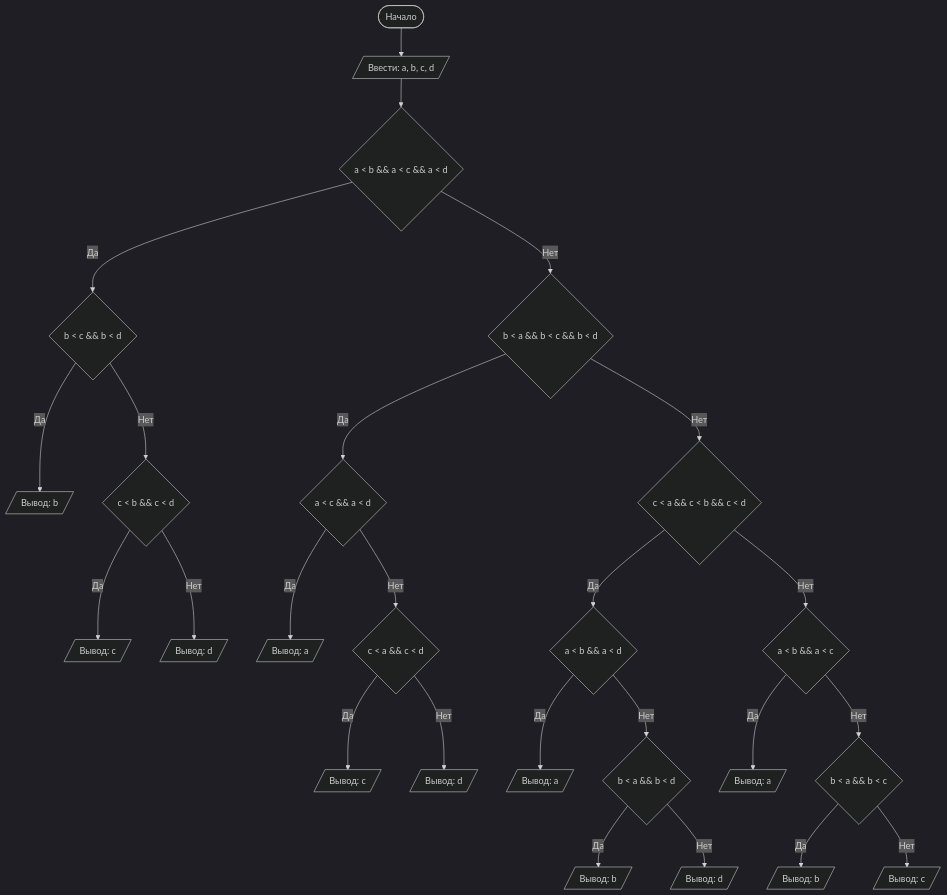
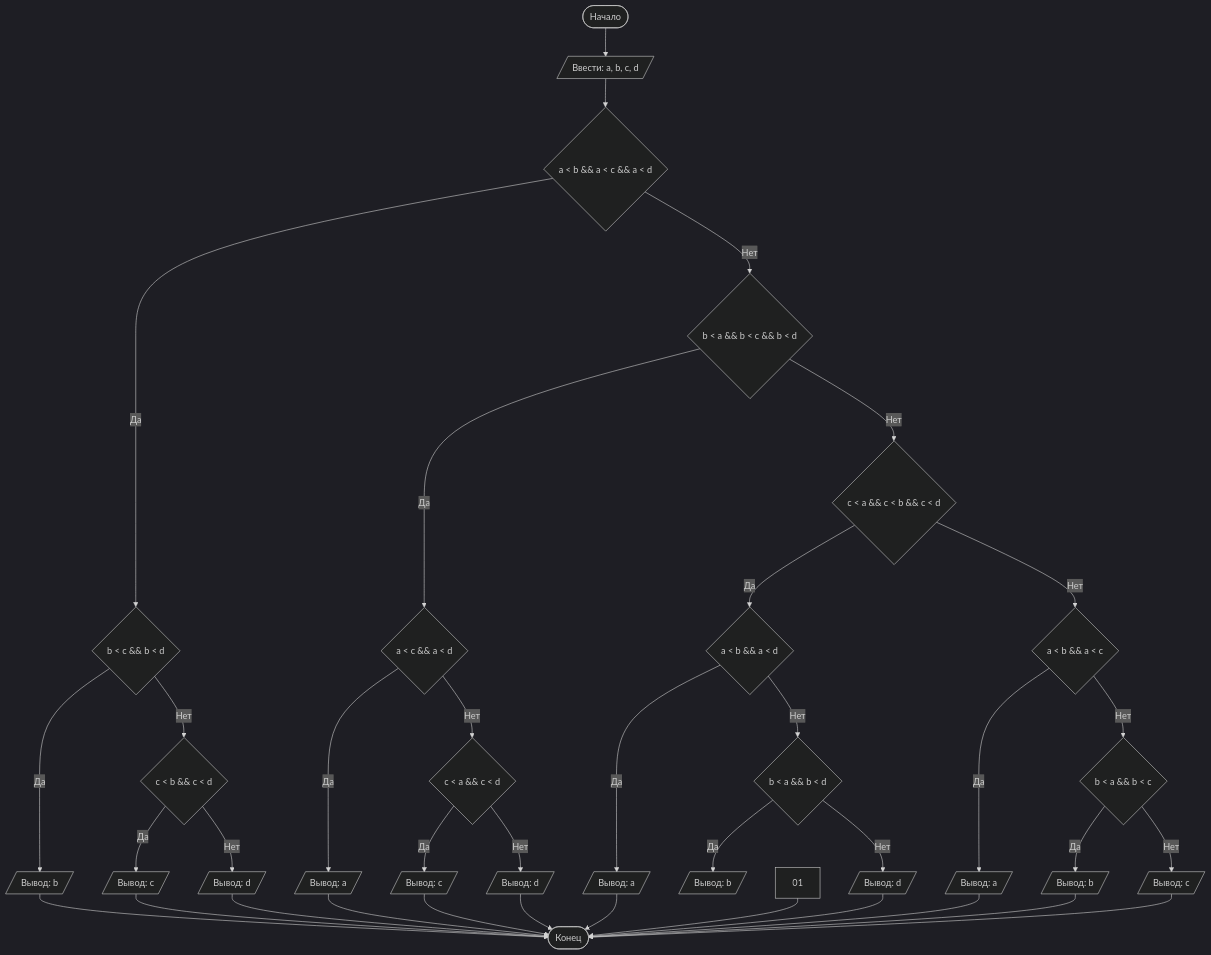
The diagram in README.md (3214Hoh/LabExample), drawn with Mermaid (dark theme) before and after one commit.

````diff
--- a/README.md
+++ b/README.md
@@ -71,27 +71,39 @@
 ```mermaid
 graph TD
   A([Начало]) --> B[/Ввести: a, b, c, d/]
   B --> C{a < b && a < c && a < d}
   C -- Да --> D{b < c && b < d}
   D --  Да --> D1[/Вывод: b/]
   D -- Нет --> E{c < b && c < d}
   E --  Да --> E1[/Вывод: c/]
   E --  Нет --> E2[/Вывод: d/]
   C -- Нет --> R{b < a && b < c && b < d}
   R -- Да --> T{a < c && a < d}
   T --  Да --> T1[/Вывод: a/]
   T -- Нет --> Y{c < a && c < d}
   Y --  Да --> Y1[/Вывод: c/]
   Y --  Нет --> Y2[/Вывод: d/]
   R -- Нет --> U{c < a && c < b && c < d}
   U -- Да --> I{a < b && a < d}
   I --  Да --> I1[/Вывод: a/]
   I -- Нет --> O{b < a && b < d}
   O --  Да --> O1[/Вывод: b/]
   O --  Нет --> O2[/Вывод: d/]
   U -- Нет --> P{a < b && a < c}
   P --  Да --> P1[/Вывод: a/]
   P -- Нет --> S{b < a && b < c}
   S --  Да --> S1[/Вывод: b/]
   S --  Нет --> S2[/Вывод: c/]
+  D1 --> Z([Конец])
+  E1 --> Z([Конец])
+  E2 --> Z([Конец])
+  T1 --> Z([Конец])
+  Y1 --> Z([Конец])
+  Y2 --> Z([Конец])
+  I1 --> Z([Конец])
+  01 --> Z([Конец])
+  O2 --> Z([Конец])
+  P1 --> Z([Конец])
+  S1 --> Z([Конец])
+  S2 --> Z([Конец])
 ```
````
